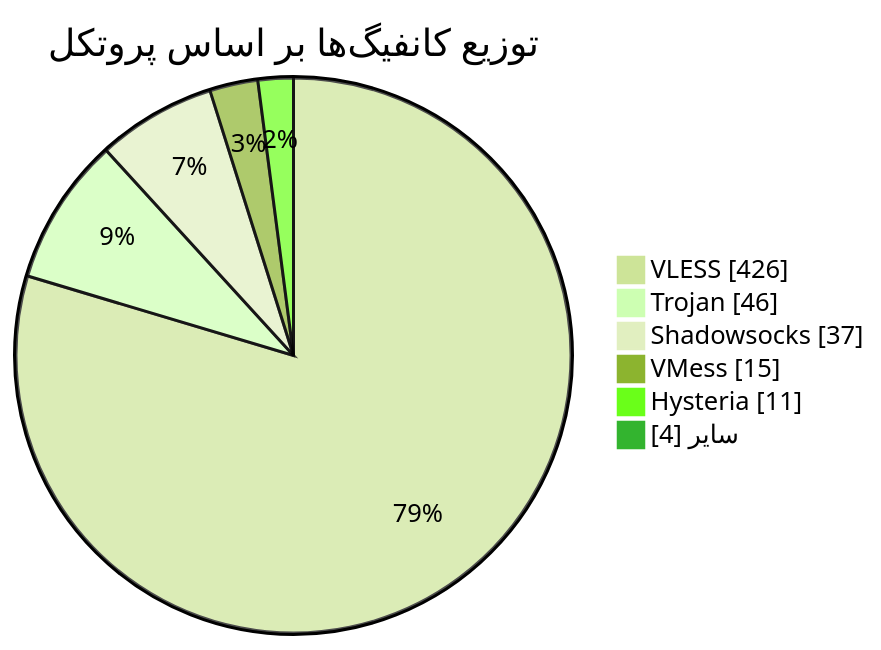
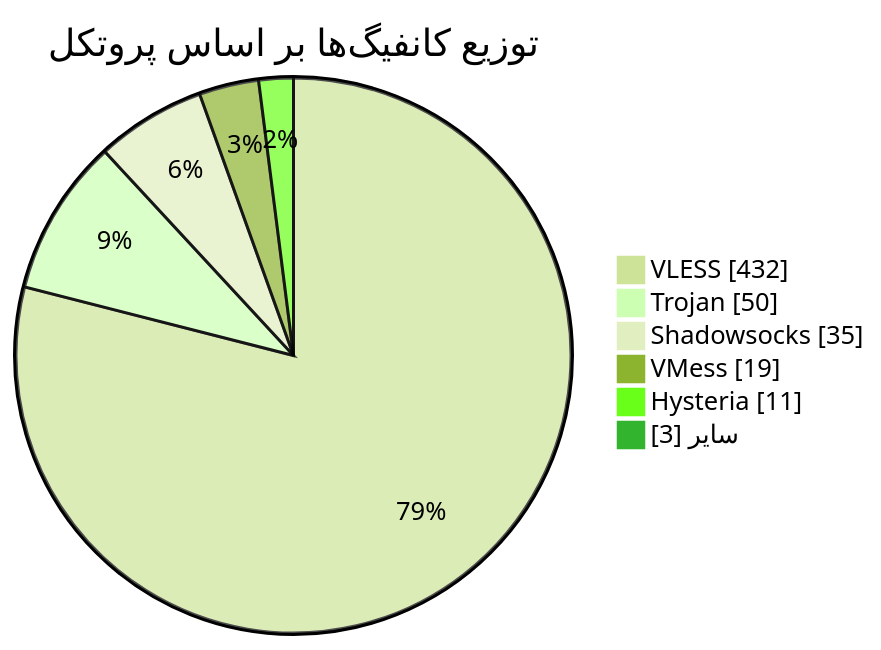
One commit to Arian-Alijani/Somthing changed the diagram in README.md. Above: the diagram before and after it, drawn with Mermaid (forest theme). The commit also changed other lines of this file and 87 other files, not shown here.

````diff
--- a/README.md
+++ b/README.md
@@ -48,10 +48,10 @@
 ```mermaid
 pie showData
     title توزیع کانفیگ‌ها بر اساس پروتکل
-    "VLESS" : 426
-    "Trojan" : 46
-    "Shadowsocks" : 37
-    "VMess" : 15
+    "VLESS" : 432
+    "Trojan" : 50
+    "Shadowsocks" : 35
+    "VMess" : 19
     "Hysteria" : 11
-    "سایر" : 4
+    "سایر" : 3
 ```
````
